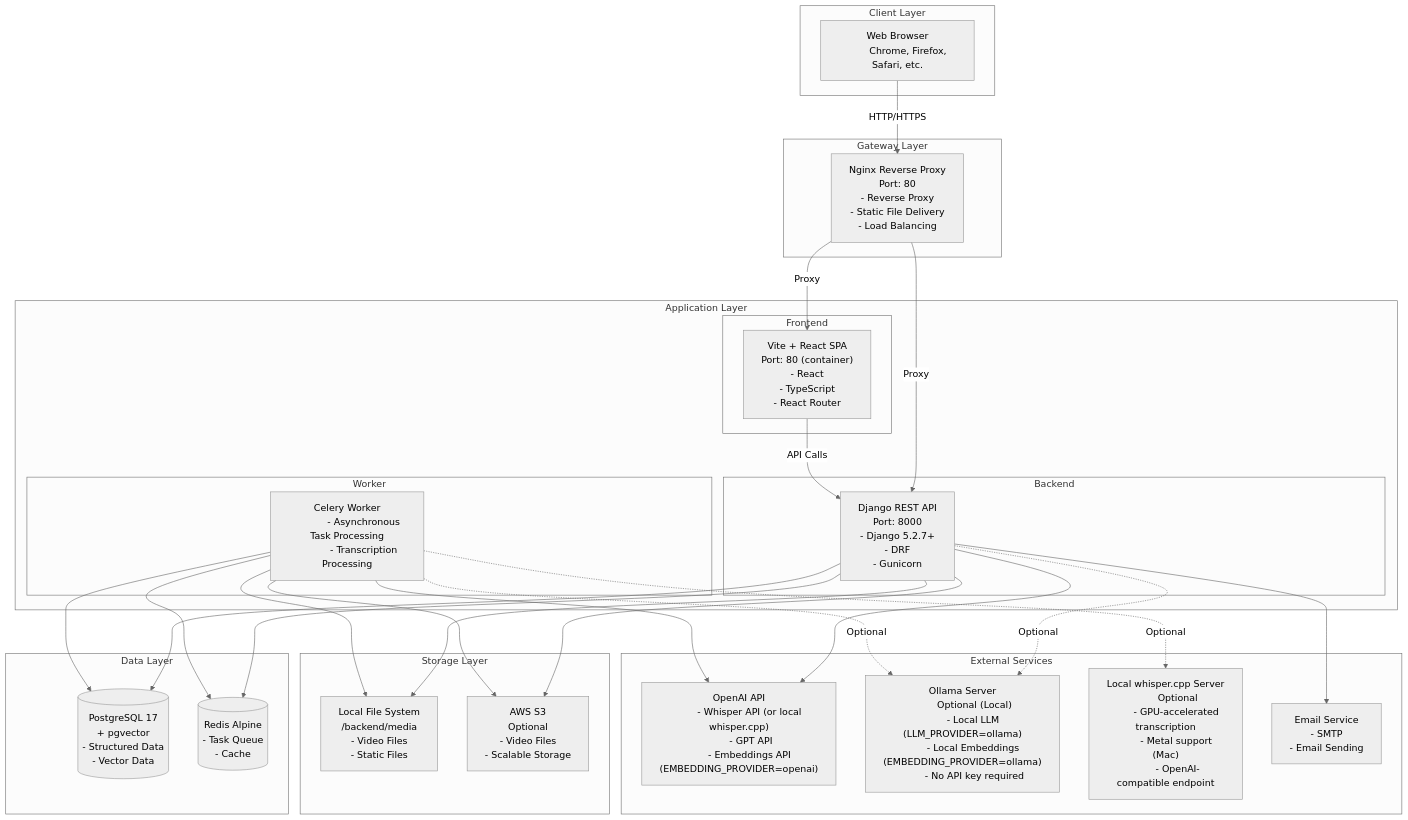
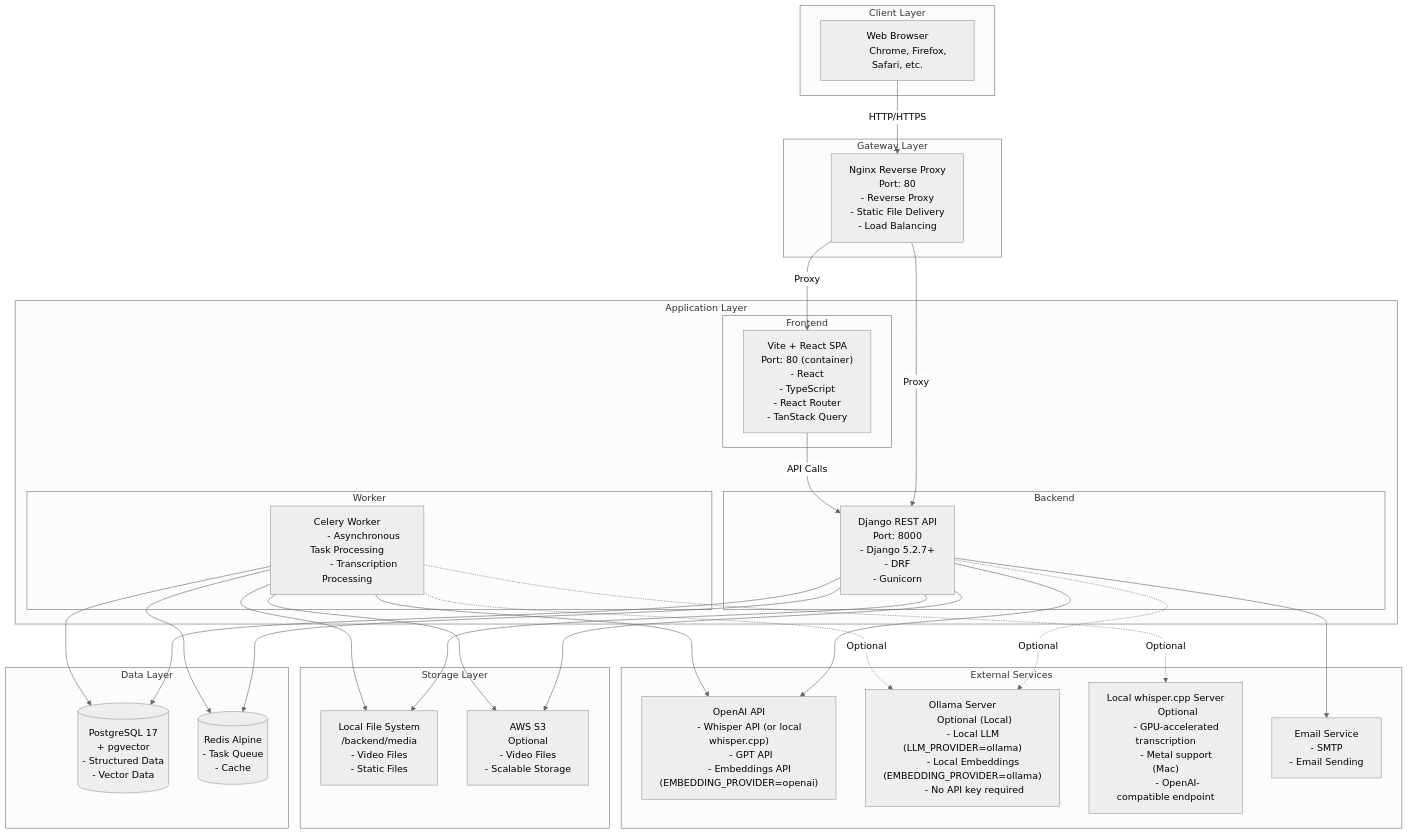
The first of 7 diagrams in docs/architecture/system-configuration-diagram.md (yukiharada1228/videoq), drawn with Mermaid (neutral theme) before and after one commit. The commit also changed 4 other files, not shown here.

Commit message:
docs: reflect transaction.atomic and TanStack Query in diagrams

```diff
--- a/docs/architecture/system-configuration-diagram.md
+++ b/docs/architecture/system-configuration-diagram.md
@@ -27,7 +27,8 @@
             Port: 80 (container)
             - React
             - TypeScript
-            - React Router"]
+            - React Router
+            - TanStack Query"]
         end
 
         subgraph Backend["Backend"]
```
